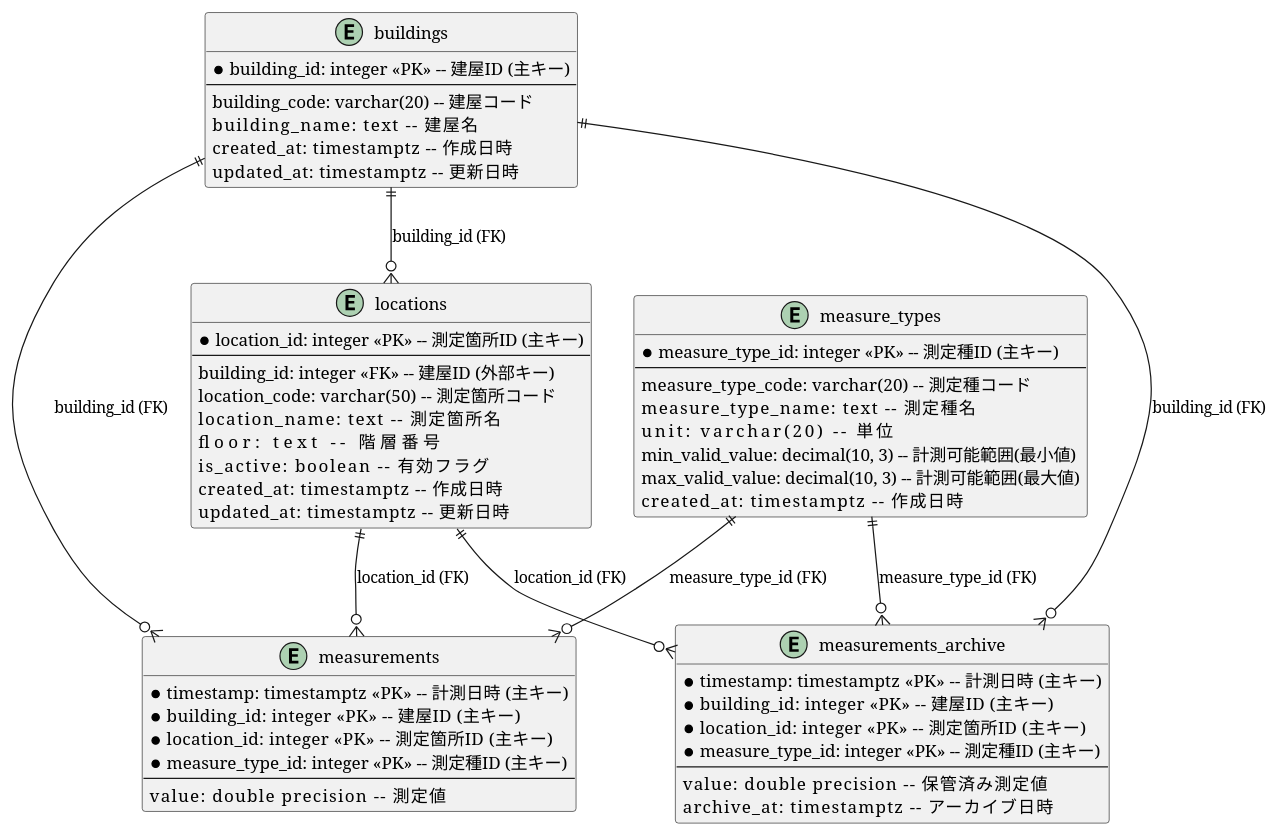
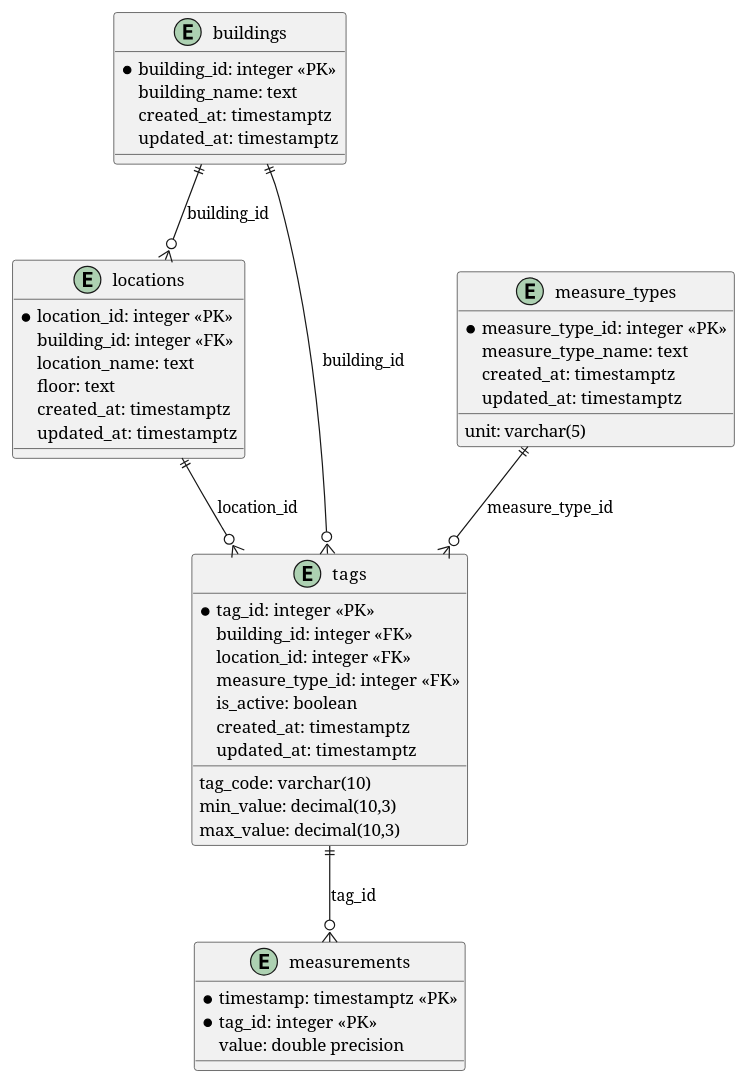
The diagram in db/er.puml (17712397/IoT_Monitor), drawn with PlantUML before and after one commit.

Commit message:
スキーマ群再編成

```diff
--- a/db/er.puml
+++ b/db/er.puml
@@ -1,63 +1,53 @@
 @startuml er
 
 entity "buildings" {
-    *building_id: integer <<PK>>  -- 建屋ID (主キー)
-    --
-    building_code: varchar(20)  -- 建屋コード
-    building_name: text         -- 建屋名
-    created_at: timestamptz     -- 作成日時
-    updated_at: timestamptz     -- 更新日時
+    *building_id: integer <<PK>>
+    building_name: text
+    created_at: timestamptz
+    updated_at: timestamptz
 }
 
 entity "locations" {
-    *location_id: integer <<PK>> -- 測定箇所ID (主キー)
-    --
-    building_id: integer <<FK>>  -- 建屋ID (外部キー)
-    location_code: varchar(50)   -- 測定箇所コード
-    location_name: text          -- 測定箇所名
-    floor: text                  -- 階層番号
-    is_active: boolean           -- 有効フラグ
-    created_at: timestamptz      -- 作成日時
-    updated_at: timestamptz      -- 更新日時
+    *location_id: integer <<PK>>
+    building_id: integer <<FK>>
+    location_name: text
+    floor: text
+    created_at: timestamptz
+    updated_at: timestamptz
 }
 
 entity "measure_types" {
-    *measure_type_id: integer <<PK>> -- 測定種ID (主キー)
-    --
-    measure_type_code: varchar(20)   -- 測定種コード
-    measure_type_name: text          -- 測定種名
-    unit: varchar(20)                -- 単位
-    min_valid_value: decimal(10, 3)  -- 計測可能範囲(最小値)
-    max_valid_value: decimal(10, 3)  -- 計測可能範囲(最大値)
-    created_at: timestamptz          -- 作成日時
+    *measure_type_id: integer <<PK>>
+    measure_type_name: text
+    unit: varchar(5)
+    created_at: timestamptz
+    updated_at: timestamptz
+}
+
+entity "tags" {
+    *tag_id: integer <<PK>>
+    building_id: integer <<FK>>
+    location_id: integer <<FK>>
+    measure_type_id: integer <<FK>>
+    tag_code: varchar(10)
+    min_value: decimal(10,3)
+    max_value: decimal(10,3)
+    is_active: boolean
+    created_at: timestamptz
+    updated_at: timestamptz
 }
 
 entity "measurements" {
-    *timestamp: timestamptz <<PK>>   -- 計測日時 (主キー)
-    *building_id: integer <<PK>>     -- 建屋ID (主キー)
-    *location_id: integer <<PK>>     -- 測定箇所ID (主キー)
-    *measure_type_id: integer <<PK>> -- 測定種ID (主キー)
-    --
-    value: double precision          -- 測定値
-}
-
-entity "measurements_archive" {
-    *timestamp: timestamptz <<PK>>   -- 計測日時 (主キー)
-    *building_id: integer <<PK>>     -- 建屋ID (主キー)
-    *location_id: integer <<PK>>     -- 測定箇所ID (主キー)
-    *measure_type_id: integer <<PK>> -- 測定種ID (主キー)
-    --
-    value: double precision          -- 保管済み測定値
-    archive_at: timestamptz          -- アーカイブ日時
+    *timestamp: timestamptz <<PK>>
+    *tag_id: integer <<PK>>
+    value: double precision
 }
 
 ' リレーションシップ定義
-buildings ||--o{ locations : "building_id (FK)"
-measure_types ||--o{ measurements : "measure_type_id (FK)"
-measure_types ||--o{ measurements_archive : "measure_type_id (FK)"
-locations ||--o{ measurements : "location_id (FK)"
-locations ||--o{ measurements_archive : "location_id (FK)"
-buildings ||--o{ measurements : "building_id (FK)"
-buildings ||--o{ measurements_archive : "building_id (FK)"
+buildings ||--o{ locations : building_id
+buildings ||--o{ tags : building_id
+locations ||--o{ tags : location_id
+measure_types ||--o{ tags : measure_type_id
+tags ||--o{ measurements : tag_id
 
 @enduml
```
